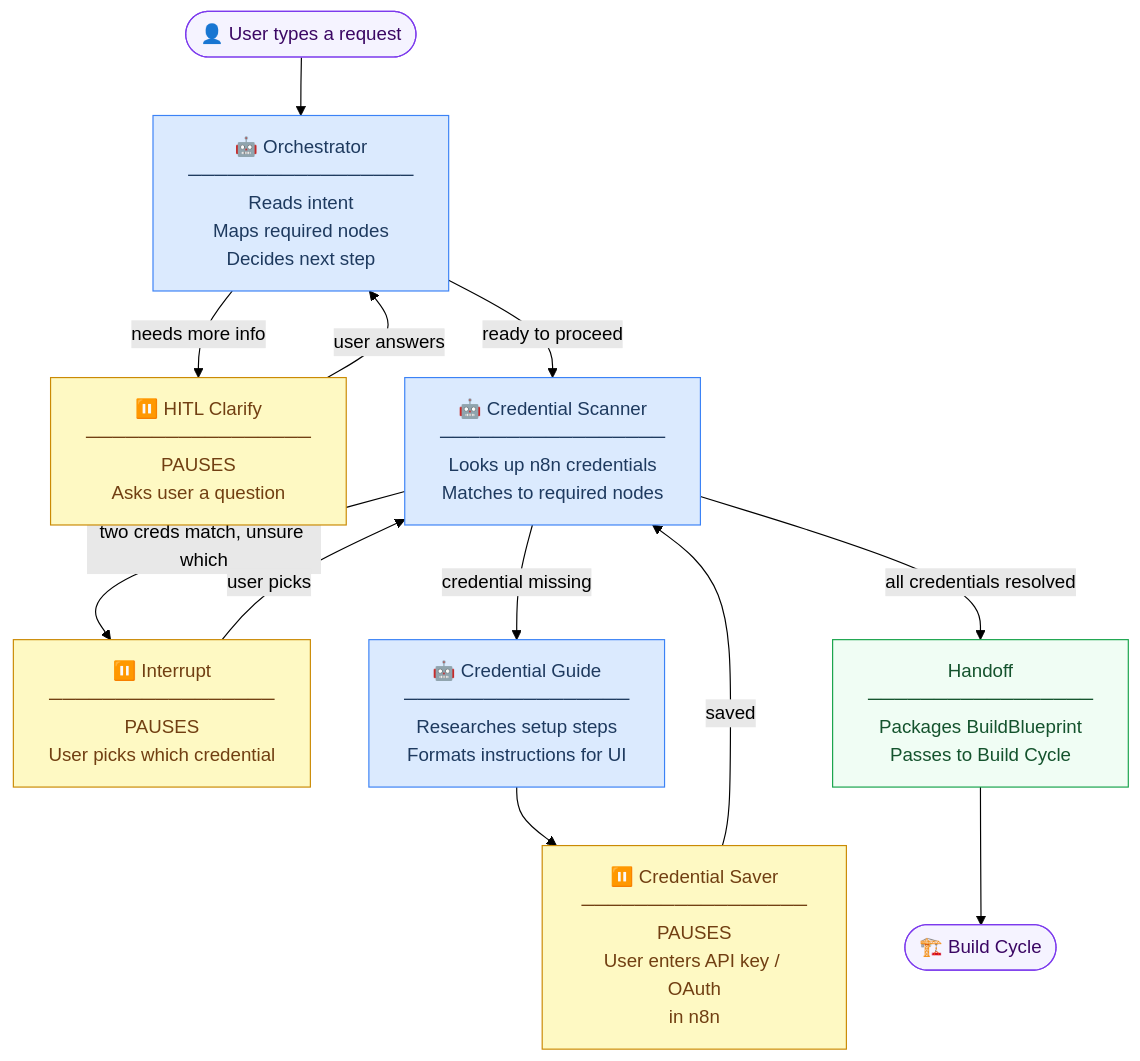
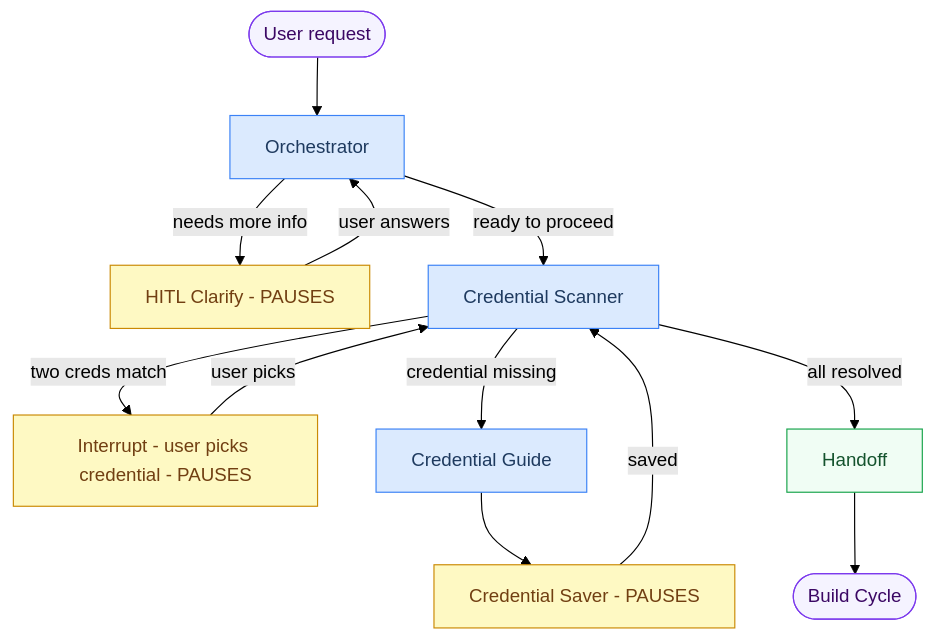
One commit to h19overflow/ARIA changed the diagram in src/agentic_system/preflight/README.md. Above: the diagram before and after it, drawn with Mermaid (forest theme). The commit also changed 26 other files, not shown here.

Commit message:
refactor: unify HITL interrupt schema and enhance frontend state sync

````diff
--- a/src/agentic_system/preflight/README.md
+++ b/src/agentic_system/preflight/README.md
@@ -9,34 +9,29 @@
 ```mermaid
 flowchart TD
-    U([👤 User types a request]) --> ORC
+    U([User request]) --> ORC
 
-    ORC["🤖 Orchestrator\n─────────────────\nReads intent\nMaps required nodes\nDecides next step"]
-
-    ORC -->|needs more info| HITL["⏸️ HITL Clarify\n─────────────────\nPAUSES\nAsks user a question"]
+    ORC[Orchestrator]
+    ORC -->|needs more info| HITL[HITL Clarify - PAUSES]
     HITL -->|user answers| ORC
-
     ORC -->|ready to proceed| SCAN
 
-    SCAN["🤖 Credential Scanner\n─────────────────\nLooks up n8n credentials\nMatches to required nodes"]
+    SCAN[Credential Scanner]
+    SCAN -->|two creds match| AMB[Interrupt - user picks credential - PAUSES]
+    AMB -->|user picks| SCAN
+    SCAN -->|credential missing| GUIDE[Credential Guide]
+    GUIDE --> SAVER[Credential Saver - PAUSES]
+    SAVER -->|saved| SCAN
+    SCAN -->|all resolved| HO[Handoff]
 
-    SCAN -->|two creds match, unsure which| AMB["⏸️ Interrupt\n─────────────────\nPAUSES\nUser picks which credential"]
-    AMB -->|user picks| SCAN
-
-    SCAN -->|credential missing| GUIDE["🤖 Credential Guide\n─────────────────\nResearches setup steps\nFormats instructions for UI"]
-    GUIDE --> SAVER["⏸️ Credential Saver\n─────────────────\nPAUSES\nUser enters API key / OAuth\nin n8n"]
-    SAVER -->|saved| SCAN
-
-    SCAN -->|all credentials resolved| HO["Handoff\n─────────────────\nPackages BuildBlueprint\nPasses to Build Cycle"]
-
-    HO --> BC([🏗️ Build Cycle])
+    HO --> BC([Build Cycle])
 
     style ORC fill:#dbeafe,stroke:#3b82f6,color:#1e3a5f
     style SCAN fill:#dbeafe,stroke:#3b82f6,color:#1e3a5f
     style GUIDE fill:#dbeafe,stroke:#3b82f6,color:#1e3a5f
     style HITL fill:#fef9c3,stroke:#ca8a04,color:#713f12
     style AMB fill:#fef9c3,stroke:#ca8a04,color:#713f12
     style SAVER fill:#fef9c3,stroke:#ca8a04,color:#713f12
     style HO fill:#f0fdf4,stroke:#16a34a,color:#14532d
     style U fill:#f5f3ff,stroke:#7c3aed,color:#3b0764
     style BC fill:#f5f3ff,stroke:#7c3aed,color:#3b0764
 ```
````
